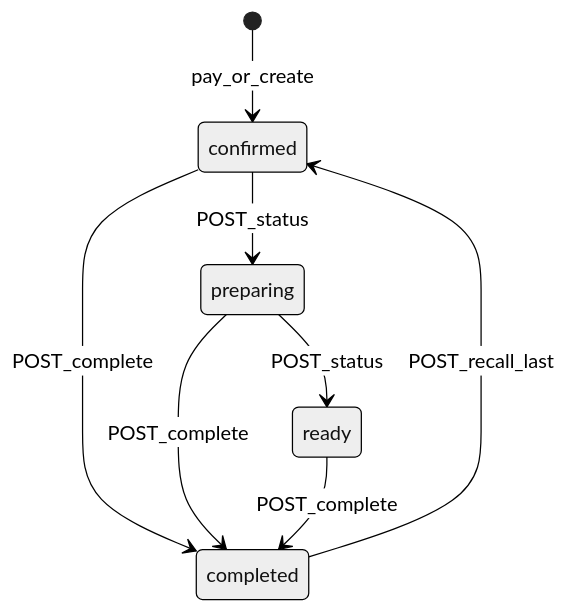
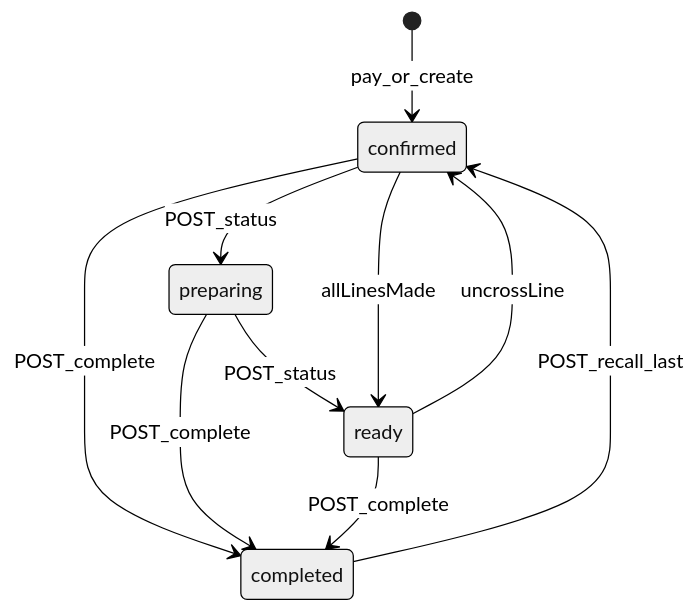
The diagram in docs/architecture/kds-board.md (SeanIntegrator/moonshot), drawn with Mermaid (neutral theme) before and after one commit. The commit also changed other lines of this file and 10 other files, not shown here.

````diff
--- a/docs/architecture/kds-board.md
+++ b/docs/architecture/kds-board.md
@@ -66,10 +66,12 @@
 ```mermaid
 stateDiagram-v2
   [*] --> confirmed: pay_or_create
   confirmed --> preparing: POST_status
   preparing --> ready: POST_status
+  confirmed --> ready: allLinesMade
+  ready --> confirmed: uncrossLine
   confirmed --> completed: POST_complete
   preparing --> completed: POST_complete
   ready --> completed: POST_complete
   completed --> confirmed: POST_recall_last
 ```
````
